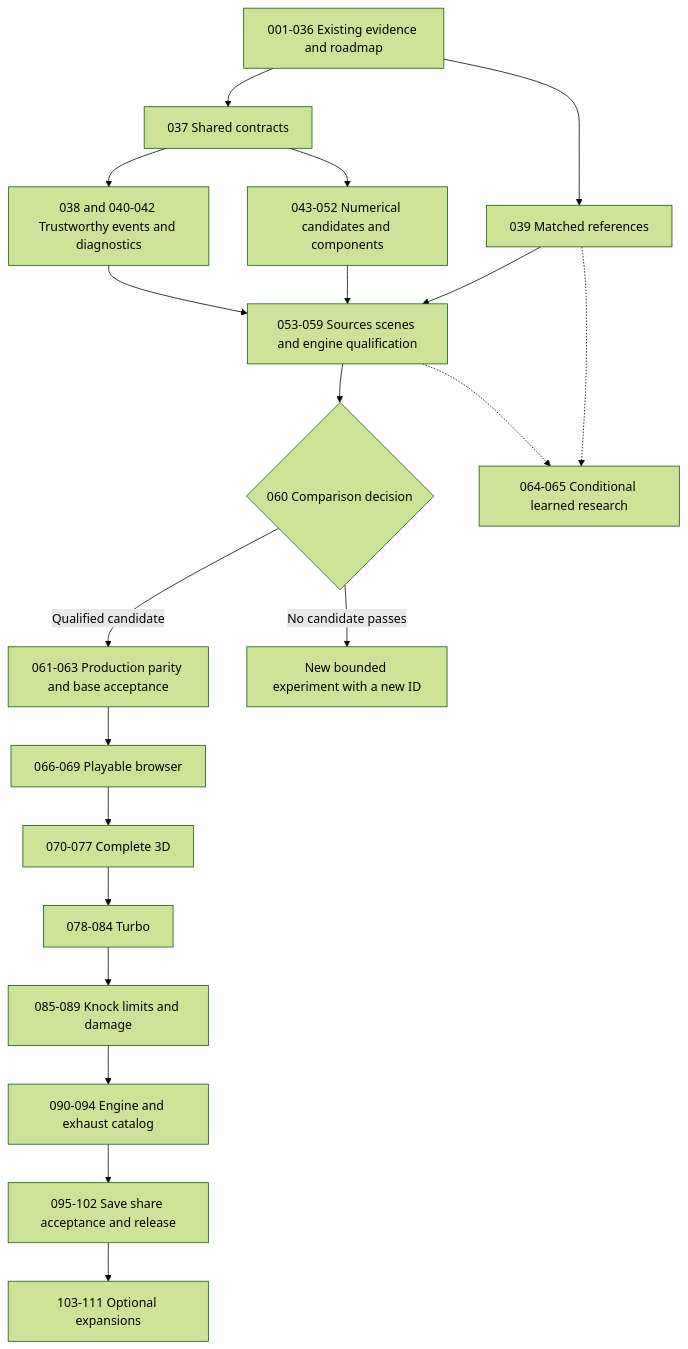
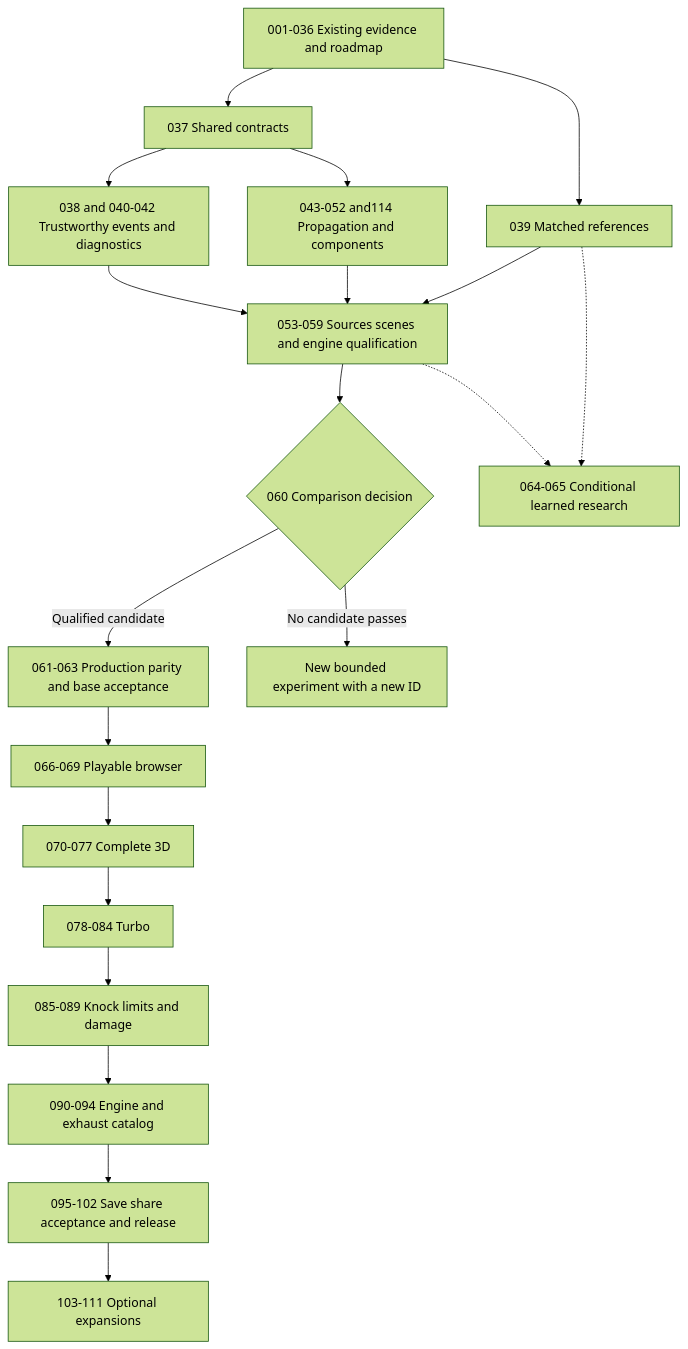
Before and after one commit to bernardovh77/REV-BENCH: the second of 2 diagrams in docs/roadmap/README.md, drawn with Mermaid (forest theme). The commit also changed other lines of this file and 21 other files, not shown here.

````diff
--- a/docs/roadmap/README.md
+++ b/docs/roadmap/README.md
@@ -235,22 +237,22 @@
 ```mermaid
 flowchart TD
     H[001-036 Existing evidence and roadmap] --> C[037 Shared contracts]
     H --> R[039 Matched references]
     C --> E[038 and 040-042 Trustworthy events and diagnostics]
-    C --> P[043-052 Numerical candidates and components]
+    C --> P[043-052 and114 Propagation and components]
     E --> I[053-059 Sources scenes and engine qualification]
     P --> I
     R --> I
     I --> D{060 Comparison decision}
     D -->|Qualified candidate| Q[061-063 Production parity and base acceptance]
     D -->|No candidate passes| F[New bounded experiment with a new ID]
     Q --> B[066-069 Playable browser]
     B --> V[070-077 Complete 3D]
     V --> T[078-084 Turbo]
     T --> K[085-089 Knock limits and damage]
     K --> N[090-094 Engine and exhaust catalog]
     N --> S[095-102 Save share acceptance and release]
     S --> O[103-111 Optional expansions]
     R -.-> L[064-065 Conditional learned research]
     I -.-> L
 ```
````
